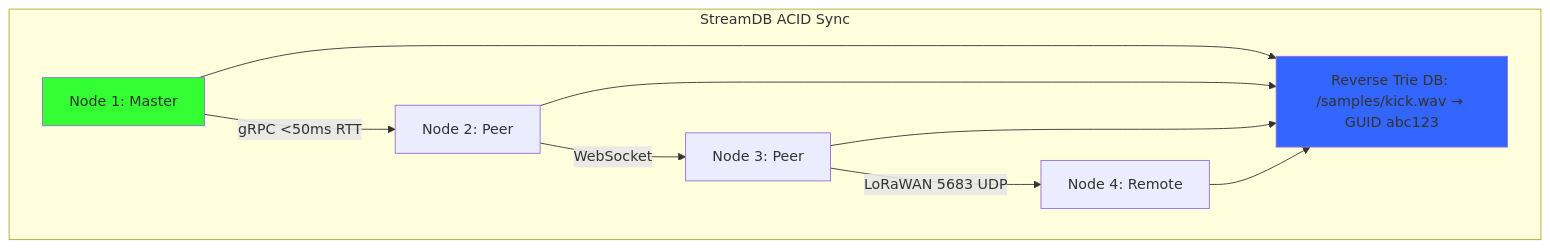
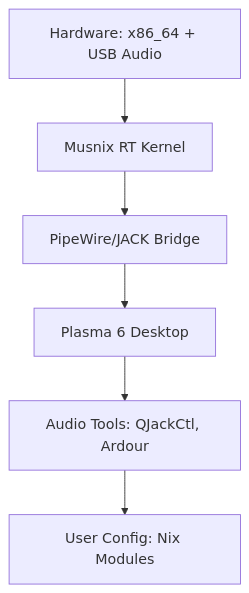
One commit to ALH477/ArchibaldOS changed the second of 2 diagrams in README.md. Above: the diagram before and after it, drawn with Mermaid. The commit also changed other lines of this file, not shown here.

````diff
--- a/README.md
+++ b/README.md
@@ -88,16 +87,8 @@
 ```mermaid
 graph TD
-    A[Node 1: Master] -->|gRPC <50ms RTT| B[Node 2: Peer]
-    B -->|WebSocket| C[Node 3: Peer]
-    C -->|LoRaWAN 5683 UDP| D[Node 4: Remote]
-
-    subgraph "StreamDB ACID Sync"
-        A --> E[Reverse Trie DB: /samples/kick.wav → GUID abc123]
-        B --> E
-        C --> E
-        D --> E
-    end
-
-    style A fill:#33ff33
-    style E fill:#3366ff
+    A[Hardware: x86_64 + USB Audio] --> B[Musnix RT Kernel]
+    B --> C[PipeWire/JACK Bridge]
+    C --> D[Plasma 6 Desktop]
+    D --> E[Audio Tools: QJackCtl, Ardour]
+    E --> F[User Config: Nix Modules]
 ```
````
